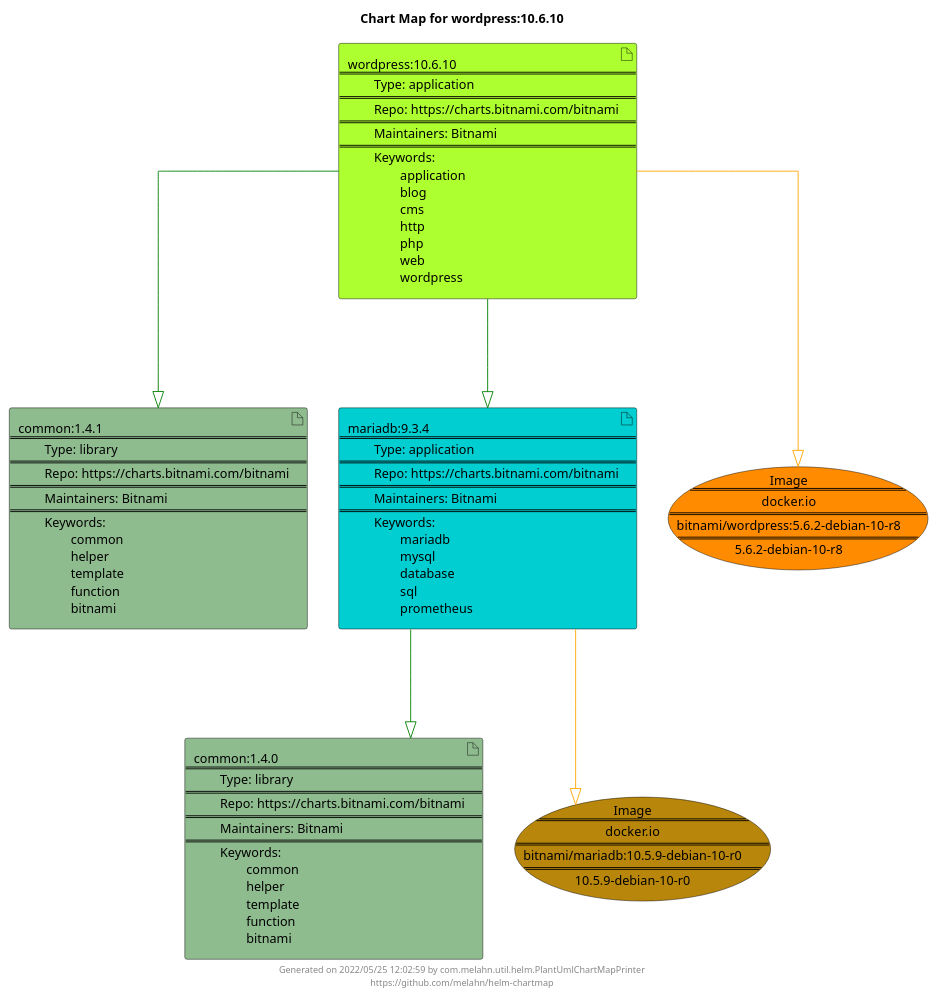
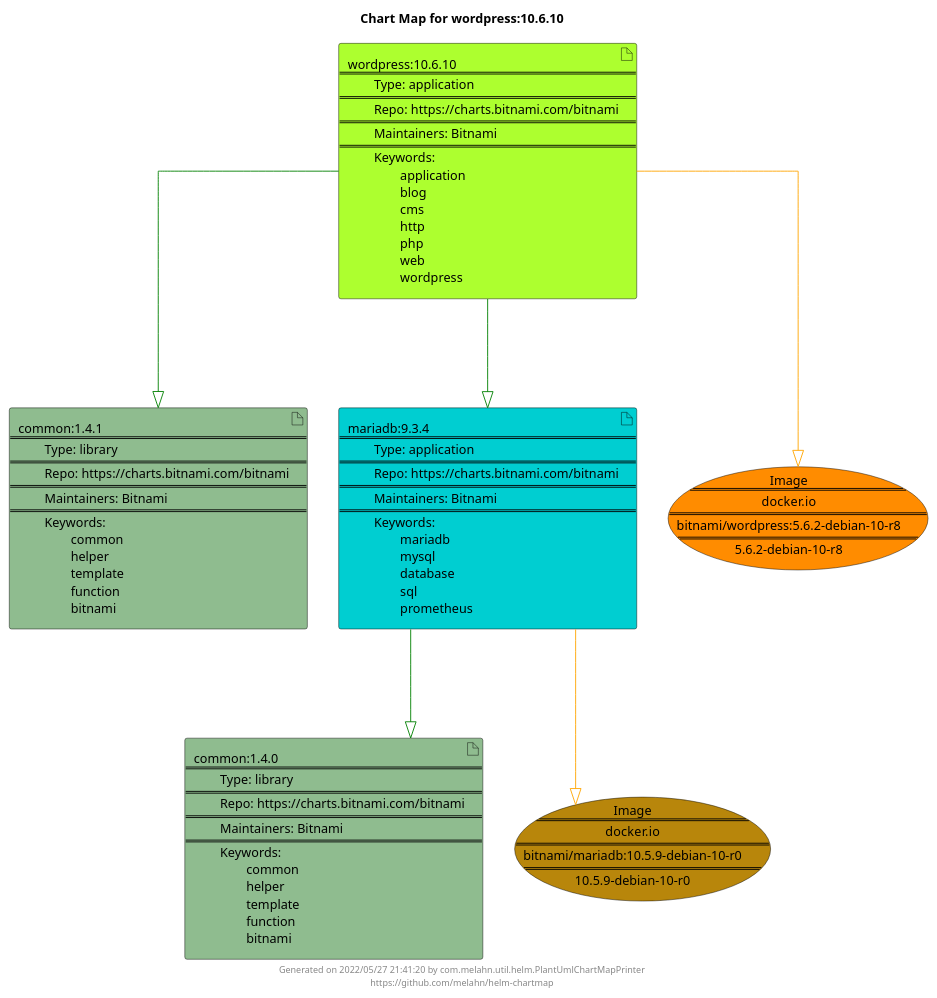
Before and after one commit to melahn/helm-chartmap: the diagram in docs/wordpress/wordpress-10.6.10.puml, drawn with PlantUML. The commit also changed 63 other files, not shown here.

Commit message:
Update Example Chart Maps as part of GitHub build

```diff
--- a/docs/wordpress/wordpress-10.6.10.puml
+++ b/docs/wordpress/wordpress-10.6.10.puml
@@ -1,29 +1,29 @@
 @startuml
 skinparam linetype ortho
 skinparam backgroundColor white
 skinparam usecaseBorderColor black
 skinparam usecaseArrowColor LightSlateGray
 skinparam artifactBorderColor black
 skinparam artifactArrowColor LightSlateGray
 
 title Chart Map for wordpress:10.6.10
 
 'There are 4 referenced Helm Charts
 artifact "common:1.4.1\n====\n\tType: library\n====\n\tRepo: https://charts.bitnami.com/bitnami\n====\n\tMaintainers: Bitnami\n====\n\tKeywords: \n\t\tcommon\n\t\thelper\n\t\ttemplate\n\t\tfunction\n\t\tbitnami" as common_1_4_1 #DarkSeaGreen
 artifact "mariadb:9.3.4\n====\n\tType: application\n====\n\tRepo: https://charts.bitnami.com/bitnami\n====\n\tMaintainers: Bitnami\n====\n\tKeywords: \n\t\tmariadb\n\t\tmysql\n\t\tdatabase\n\t\tsql\n\t\tprometheus" as mariadb_9_3_4 #DarkTurquoise
 artifact "common:1.4.0\n====\n\tType: library\n====\n\tRepo: https://charts.bitnami.com/bitnami\n====\n\tMaintainers: Bitnami\n====\n\tKeywords: \n\t\tcommon\n\t\thelper\n\t\ttemplate\n\t\tfunction\n\t\tbitnami" as common_1_4_0 #DarkSeaGreen
 artifact "wordpress:10.6.10\n====\n\tType: application\n====\n\tRepo: https://charts.bitnami.com/bitnami\n====\n\tMaintainers: Bitnami\n====\n\tKeywords: \n\t\tapplication\n\t\tblog\n\t\tcms\n\t\thttp\n\t\tphp\n\t\tweb\n\t\twordpress" as wordpress_10_6_10 #GreenYellow
 
 'There are 2 referenced Docker Images
 usecase "Image\n====\ndocker.io\n====\nbitnami/wordpress:5.6.2-debian-10-r8\n====\n5.6.2-debian-10-r8" as docker_io_bitnami_wordpress_5_6_2_debian_10_r8 #Darkorange
 usecase "Image\n====\ndocker.io\n====\nbitnami/mariadb:10.5.9-debian-10-r0\n====\n10.5.9-debian-10-r0" as docker_io_bitnami_mariadb_10_5_9_debian_10_r0 #DarkGoldenRod
 
 'Chart Dependencies
 wordpress_10_6_10--[#green]-|>common_1_4_1
 wordpress_10_6_10--[#green]-|>mariadb_9_3_4
 mariadb_9_3_4--[#green]-|>common_1_4_0
 mariadb_9_3_4--[#orange]-|>docker_io_bitnami_mariadb_10_5_9_debian_10_r0
 wordpress_10_6_10--[#orange]-|>docker_io_bitnami_wordpress_5_6_2_debian_10_r8
 
-center footer Generated on 2022/05/25 12:02:59 by com.melahn.util.helm.PlantUmlChartMapPrinter\nhttps://github.com/melahn/helm-chartmap
+center footer Generated on 2022/05/27 21:41:20 by com.melahn.util.helm.PlantUmlChartMapPrinter\nhttps://github.com/melahn/helm-chartmap
 @enduml
```
